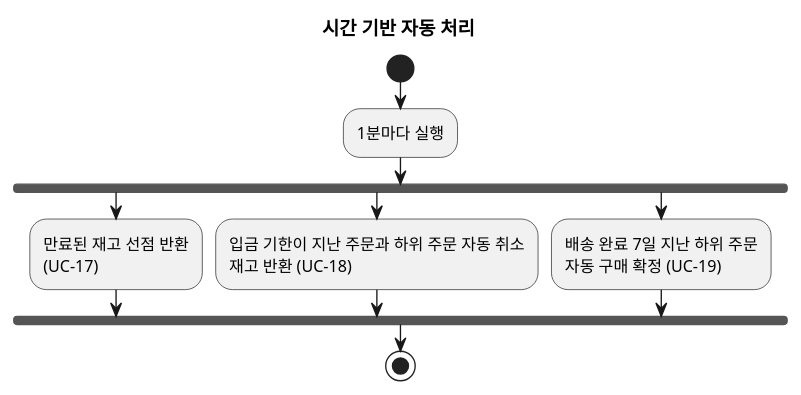
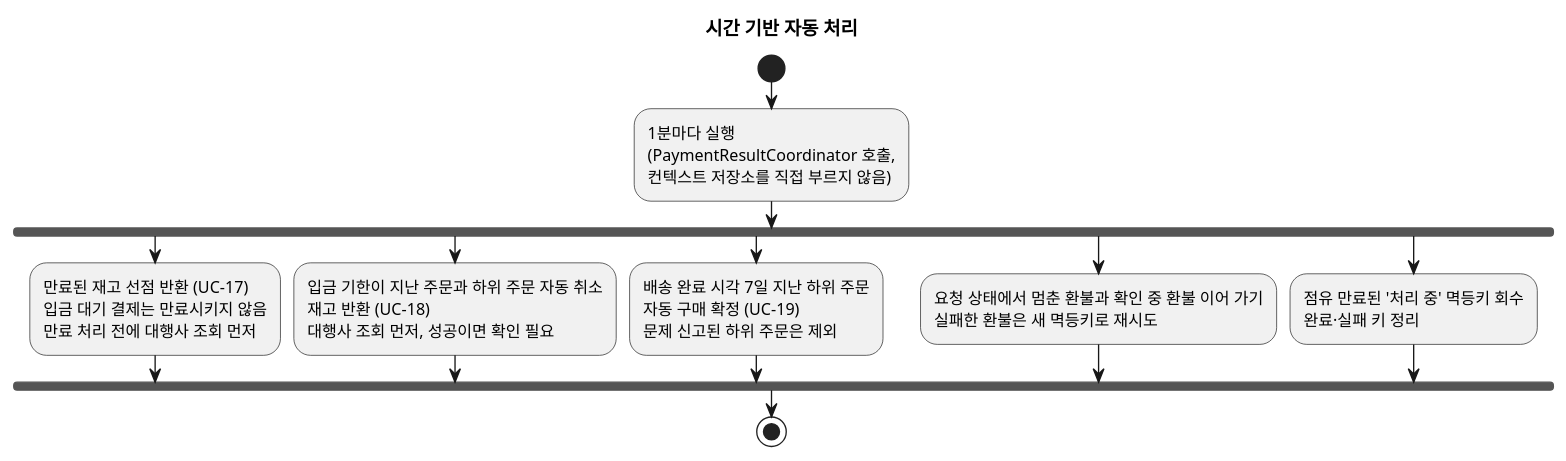
One commit to parknahyun/shopflow changed the diagram in specs/001-multiseller-commerce-core/diagrams/business-process-auto.puml. Above: the diagram before and after it, drawn with PlantUML. The commit also changed 17 other files, not shown here.

```diff
--- a/specs/001-multiseller-commerce-core/diagrams/business-process-auto.puml
+++ b/specs/001-multiseller-commerce-core/diagrams/business-process-auto.puml
@@ -1,16 +1,20 @@
 @startuml
 ' 비즈니스 프로세스: 시간 기반 자동 처리
 title 시간 기반 자동 처리
 
 |스케줄러|
 start
-:1분마다 실행;
+:1분마다 실행\n(PaymentResultCoordinator 호출,\n컨텍스트 저장소를 직접 부르지 않음);
 fork
-  :만료된 재고 선점 반환\n(UC-17);
+  :만료된 재고 선점 반환 (UC-17)\n입금 대기 결제는 만료시키지 않음\n만료 처리 전에 대행사 조회 먼저;
 fork again
-  :입금 기한이 지난 주문과 하위 주문 자동 취소\n재고 반환 (UC-18);
+  :입금 기한이 지난 주문과 하위 주문 자동 취소\n재고 반환 (UC-18)\n대행사 조회 먼저, 성공이면 확인 필요;
 fork again
-  :배송 완료 7일 지난 하위 주문\n자동 구매 확정 (UC-19);
+  :배송 완료 시각 7일 지난 하위 주문\n자동 구매 확정 (UC-19)\n문제 신고된 하위 주문은 제외;
+fork again
+  :요청 상태에서 멈춘 환불과 확인 중 환불 이어 가기\n실패한 환불은 새 멱등키로 재시도;
+fork again
+  :점유 만료된 '처리 중' 멱등키 회수\n완료·실패 키 정리;
 end fork
 stop
 @enduml
```
